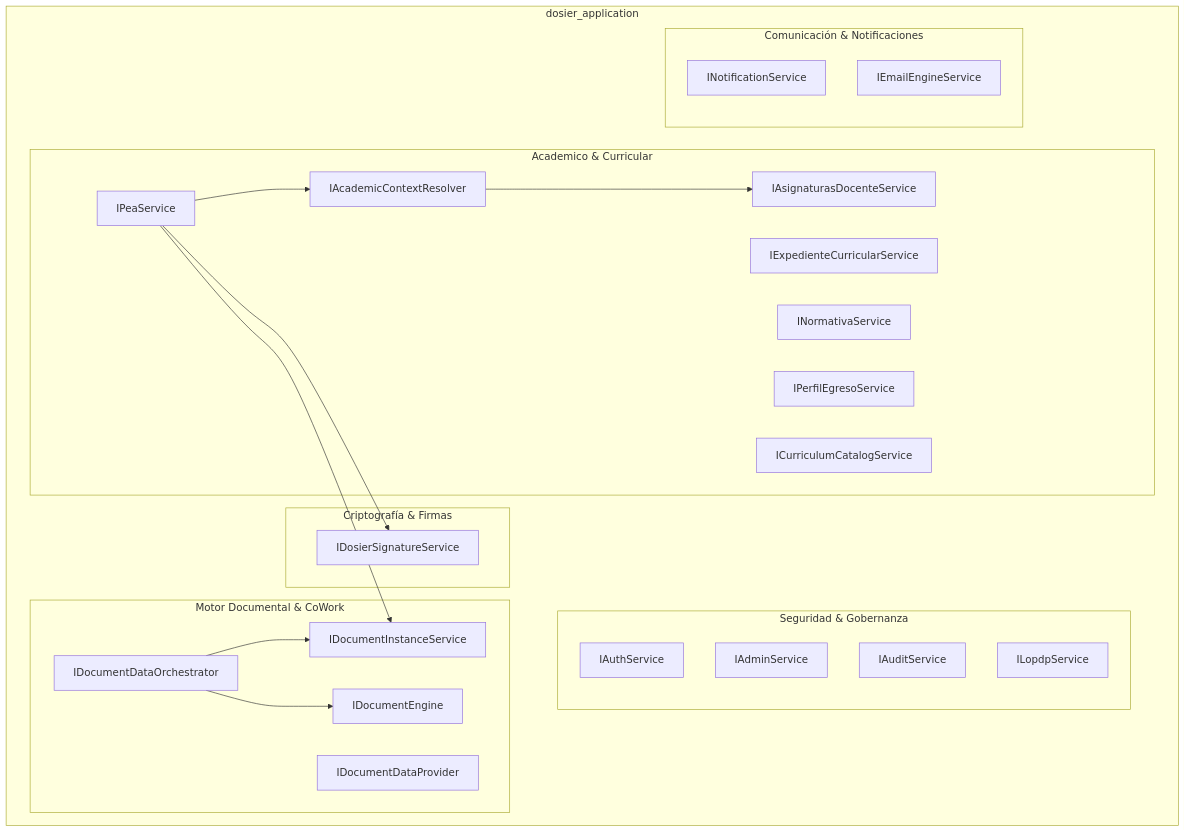
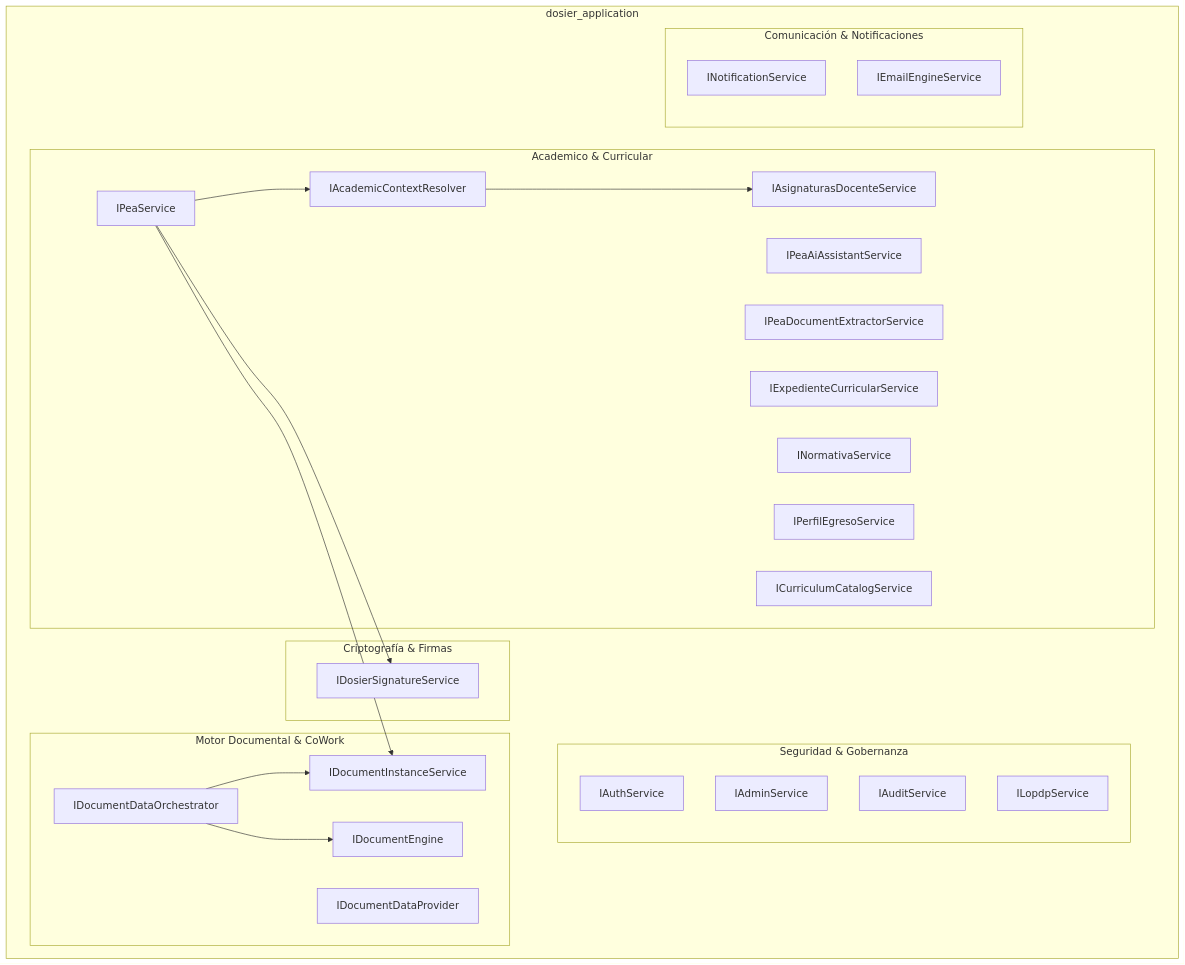
Before and after one commit to JorgeDoicela/dosier: the diagram in docs/documentacion/02-backend-servicios/05-capa-de-aplicacion-y-casos-de-uso.md, drawn with Mermaid. The commit also changed other lines of this file and 10 other files, not shown here.

````diff
--- a/docs/documentacion/02-backend-servicios/05-capa-de-aplicacion-y-casos-de-uso.md
+++ b/docs/documentacion/02-backend-servicios/05-capa-de-aplicacion-y-casos-de-uso.md
@@ -16,44 +16,46 @@
 ```mermaid
 graph TD
     subgraph dosier_application
         subgraph Academico & Curricular
             ACR[IAcademicContextResolver]
             ADS[IAsignaturasDocenteService]
             IPS[IPeaService]
+            PAI[IPeaAiAssistantService]
+            PDE[IPeaDocumentExtractorService]
             ECS[IExpedienteCurricularService]
             NMS[INormativaService]
             PES[IPerfilEgresoService]
             CCS[ICurriculumCatalogService]
         end
 
         subgraph Motor Documental & CoWork
             IDE[IDocumentEngine]
             DIS[IDocumentInstanceService]
             IDO[IDocumentDataOrchestrator]
             IDP[IDocumentDataProvider]
         end
 
         subgraph Seguridad & Gobernanza
             IAS[IAuthService]
             ADM[IAdminService]
             AUD[IAuditService]
             LOP[ILopdpService]
         end
 
         subgraph Criptografía & Firmas
             DSS[IDosierSignatureService]
         end
 
         subgraph Comunicación & Notificaciones
             INS[INotificationService]
             EES[IEmailEngineService]
         end
     end
 
     ACR --> ADS
     IPS --> ACR
     IPS --> DSS
     IPS --> DIS
     IDO --> IDE
     IDO --> DIS
 ```
````
